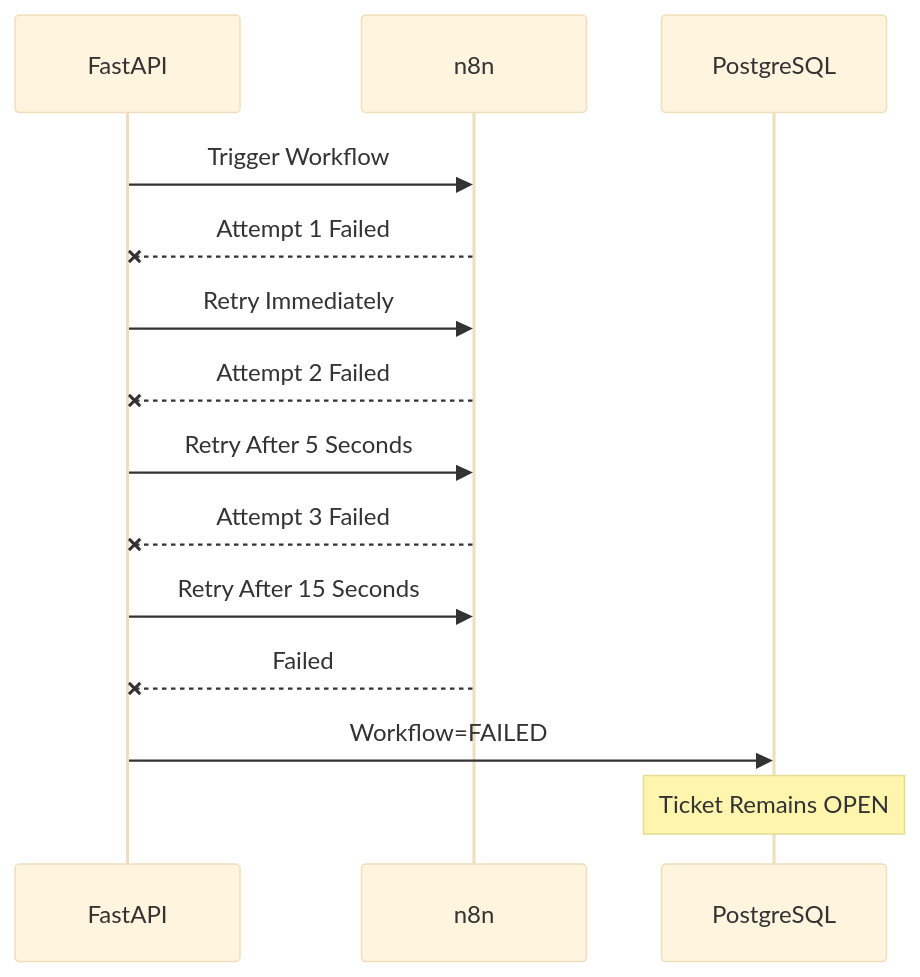
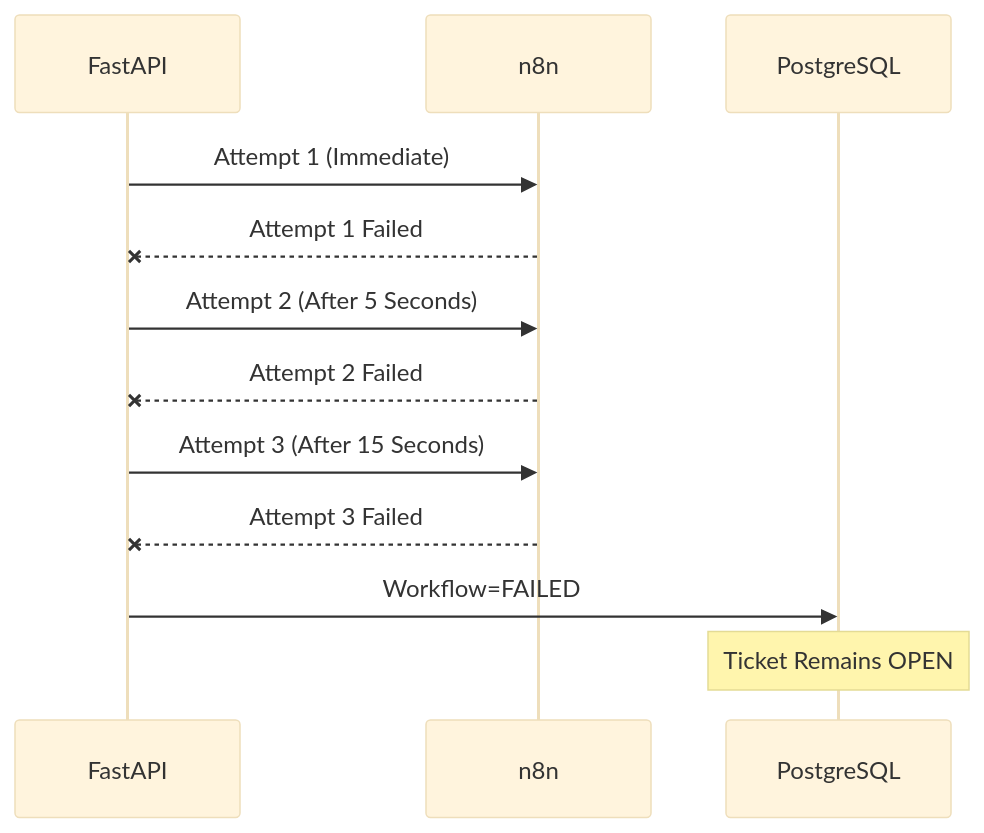
Diagram 12 of 22 in docs/sequence-diagrams.md (ihemanthu/OpsPilot), drawn with Mermaid (base theme) before and after one commit. The commit also changed 3 other files, not shown here.

Commit message:
docs: standardize authentication case, refine ticket status transition logic, update schema definitions, and add local development setup guide.

````diff
--- a/docs/sequence-diagrams.md
+++ b/docs/sequence-diagrams.md
@@ -322,27 +322,23 @@
 ```mermaid
 sequenceDiagram
 
 participant FastAPI
 participant n8n
 participant PostgreSQL
 
-FastAPI->>n8n: Trigger Workflow
+FastAPI->>n8n: Attempt 1 (Immediate)
 
 n8n--xFastAPI: Attempt 1 Failed
 
-FastAPI->>n8n: Retry Immediately
+FastAPI->>n8n: Attempt 2 (After 5 Seconds)
 
 n8n--xFastAPI: Attempt 2 Failed
 
-FastAPI->>n8n: Retry After 5 Seconds
+FastAPI->>n8n: Attempt 3 (After 15 Seconds)
 
 n8n--xFastAPI: Attempt 3 Failed
-
-FastAPI->>n8n: Retry After 15 Seconds
-
-n8n--xFastAPI: Failed
 
 FastAPI->>PostgreSQL: Workflow=FAILED
 
 Note over PostgreSQL: Ticket Remains OPEN
 ```
````
